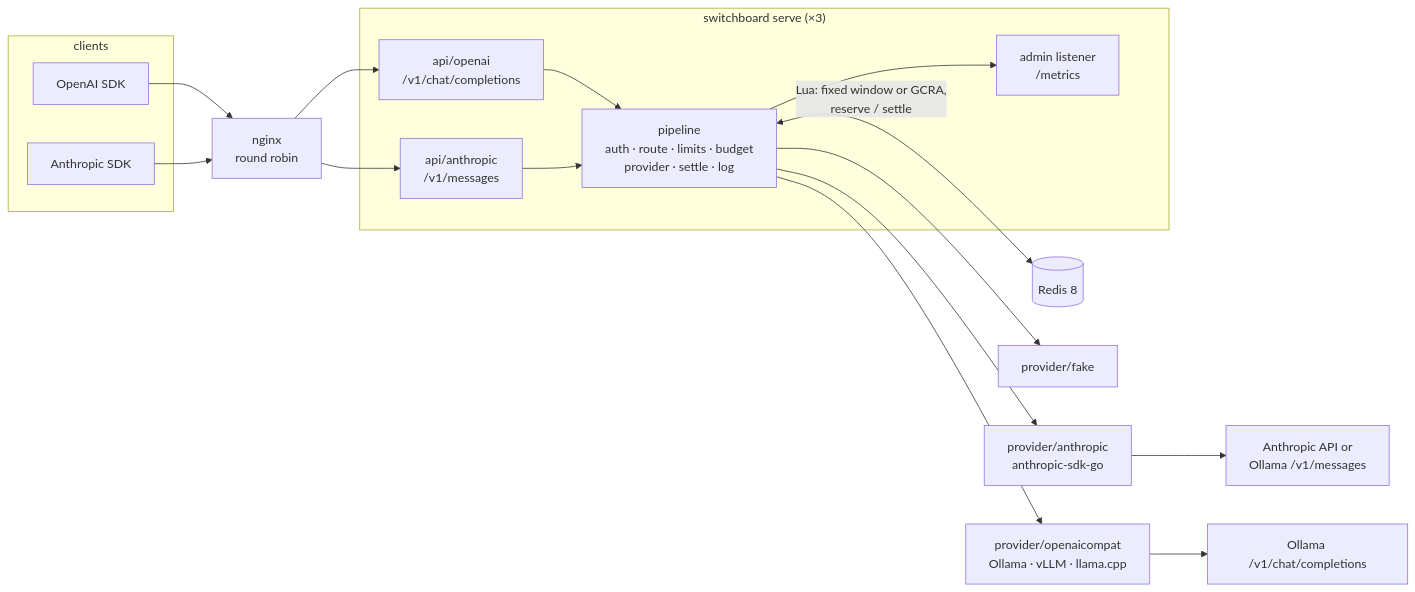
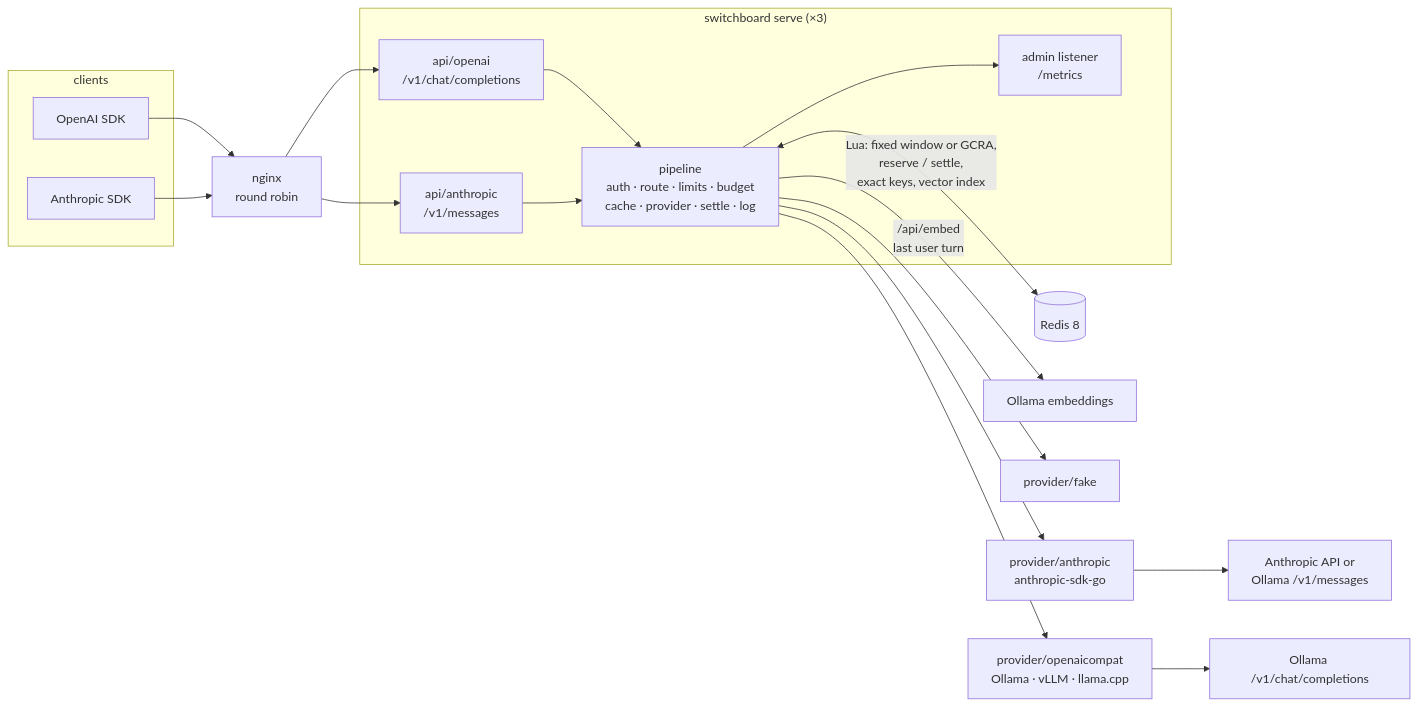
The diagram in README.md (TheAsianFish/switchboard), drawn with Mermaid before and after one commit. The commit also changed other lines of this file and 68 other files, not shown here.

First line of the commit message:
M3: Exact and semantic cache — canonical request hash cache; `embed` client for Ollama `/api/embed` with a f (#4)

````diff
--- a/README.md
+++ b/README.md
@@ -89,27 +109,28 @@
 ```mermaid
 flowchart LR
   subgraph clients
     O[OpenAI SDK]
     A[Anthropic SDK]
   end
   LB[nginx<br/>round robin]
   subgraph gw["switchboard serve (×3)"]
     FO[api/openai<br/>/v1/chat/completions]
     FA[api/anthropic<br/>/v1/messages]
-    P[pipeline<br/>auth · route · limits · budget<br/>provider · settle · log]
+    P[pipeline<br/>auth · route · limits · budget<br/>cache · provider · settle · log]
     M[admin listener<br/>/metrics]
     FO --> P
     FA --> P
     P --> M
   end
   O --> LB
   A --> LB
   LB --> FO
   LB --> FA
-  P <-->|Lua: fixed window or GCRA,<br/>reserve / settle| R[(Redis 8)]
+  P <-->|Lua: fixed window or GCRA,<br/>reserve / settle,<br/>exact keys, vector index| R[(Redis 8)]
+  P -->|/api/embed<br/>last user turn| E[Ollama embeddings]
   P --> PA[provider/anthropic<br/>anthropic-sdk-go]
   P --> PO[provider/openaicompat<br/>Ollama · vLLM · llama.cpp]
   P --> PF[provider/fake]
   PA --> ANT[Anthropic API or<br/>Ollama /v1/messages]
   PO --> OL[Ollama /v1/chat/completions]
 ```
````
